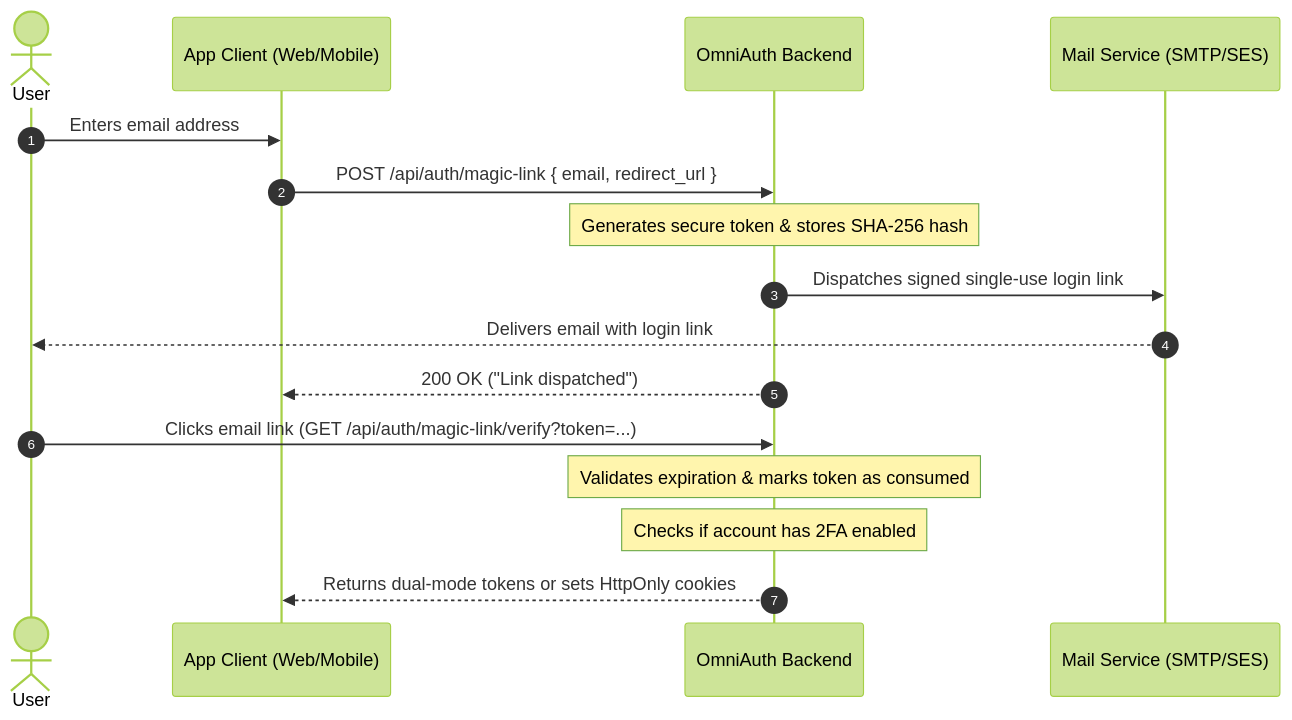
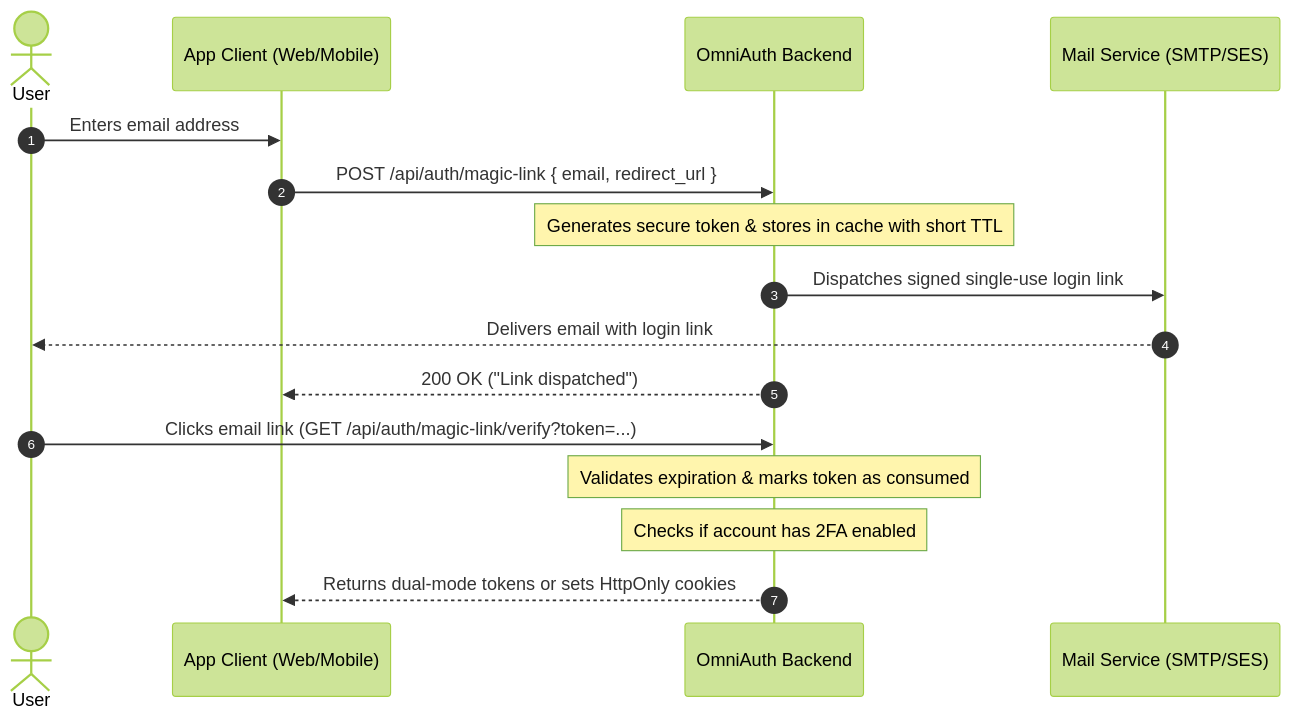
Before and after one commit to kaziomarsh24/laravel-omni-auth: the diagram in docs/src/content/docs/features/magic-links.md, drawn with Mermaid (forest theme). The commit also changed 24 other files, not shown here.

````diff
--- a/docs/src/content/docs/features/magic-links.md
+++ b/docs/src/content/docs/features/magic-links.md
@@ -12,19 +12,19 @@
 ```mermaid
 sequenceDiagram
     autonumber
     actor User
     participant App as App Client (Web/Mobile)
     participant Backend as OmniAuth Backend
     participant Mail as Mail Service (SMTP/SES)
 
     User->>App: Enters email address
     App->>Backend: POST /api/auth/magic-link { email, redirect_url }
-    Note over Backend: Generates secure token & stores SHA-256 hash
+    Note over Backend: Generates secure token & stores in cache with short TTL
     Backend->>Mail: Dispatches signed single-use login link
     Mail-->>User: Delivers email with login link
     Backend-->>App: 200 OK ("Link dispatched")
     User->>Backend: Clicks email link (GET /api/auth/magic-link/verify?token=...)
     Note over Backend: Validates expiration & marks token as consumed
     Note over Backend: Checks if account has 2FA enabled
     Backend-->>App: Returns dual-mode tokens or sets HttpOnly cookies
 ```
````
